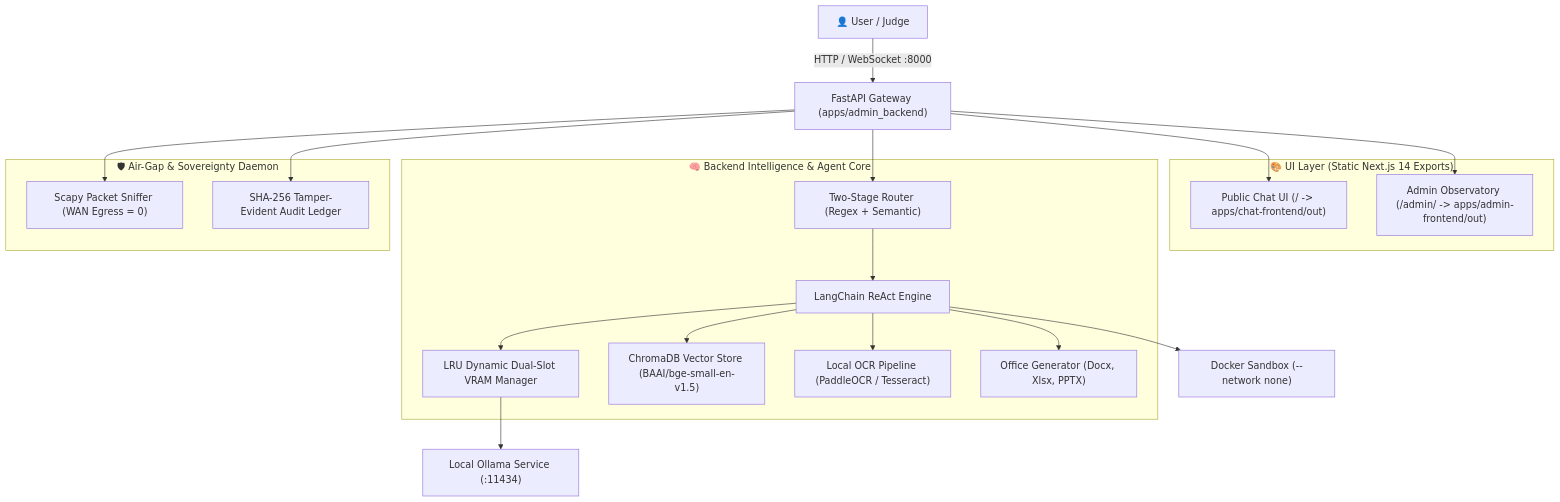
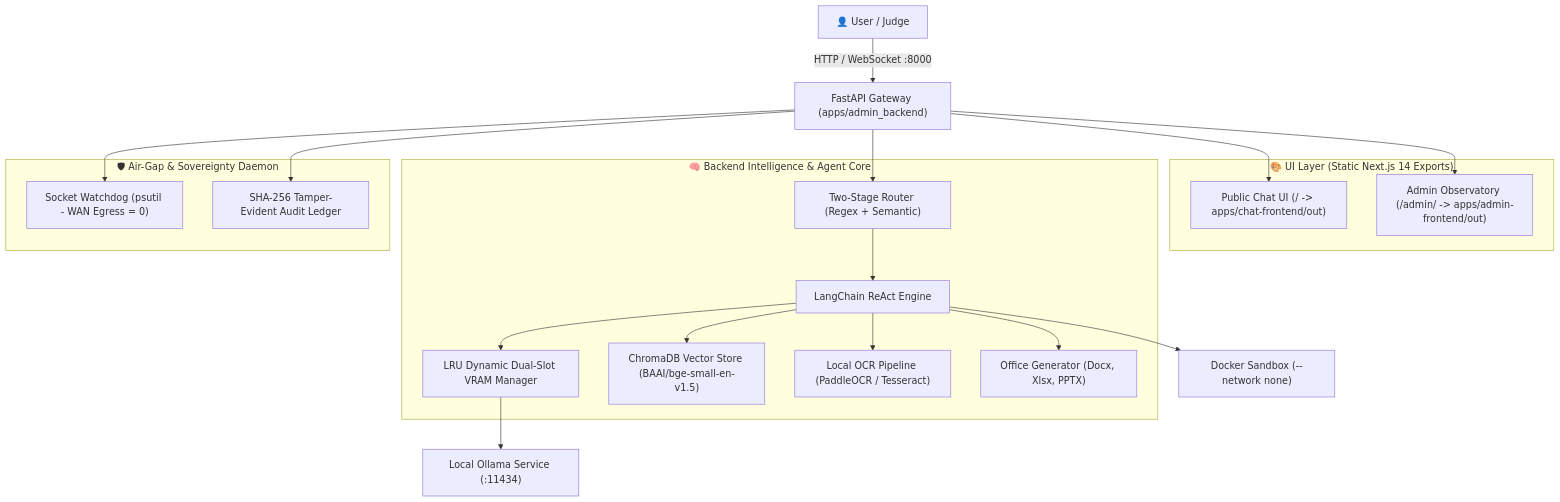
The diagram in README.md (Deepak0205p/hackbusters-devlopment), drawn with Mermaid before and after one commit. The commit also changed other lines of this file and 1 other file, not shown here.

Commit message:
refactor: standardize on psutil socket watchdog and remove scapy dependency

````diff
--- a/README.md
+++ b/README.md
@@ -28,35 +28,35 @@
 ```mermaid
 graph TD
     A["👤 User / Judge"] -->|HTTP / WebSocket :8000| B["FastAPI Gateway (apps/admin_backend)"]
     
     subgraph UI_Layer ["🎨 UI Layer (Static Next.js 14 Exports)"]
         C["Public Chat UI (/ -> apps/chat-frontend/out)"]
         D["Admin Observatory (/admin/ -> apps/admin-frontend/out)"]
     end
     
     B --> C
     B --> D
     
     subgraph Intelligence_Layer ["🧠 Backend Intelligence & Agent Core"]
         E["Two-Stage Router (Regex + Semantic)"]
         F["LangChain ReAct Engine"]
         G["LRU Dynamic Dual-Slot VRAM Manager"]
         H["ChromaDB Vector Store (BAAI/bge-small-en-v1.5)"]
         I["Local OCR Pipeline (PaddleOCR / Tesseract)"]
         J["Office Generator (Docx, Xlsx, PPTX)"]
     end
     
     B --> E --> F
     F --> G --> K["Local Ollama Service (:11434)"]
     F --> H
     F --> I
     F --> J
     F --> L["Docker Sandbox (--network none)"]
     
     subgraph Sovereignty_Daemon ["🛡 Air-Gap & Sovereignty Daemon"]
-        M["Scapy Packet Sniffer (WAN Egress = 0)"]
+        M["Socket Watchdog (psutil - WAN Egress = 0)"]
         N["SHA-256 Tamper-Evident Audit Ledger"]
     end
     B --> M
     B --> N
 ```
````
